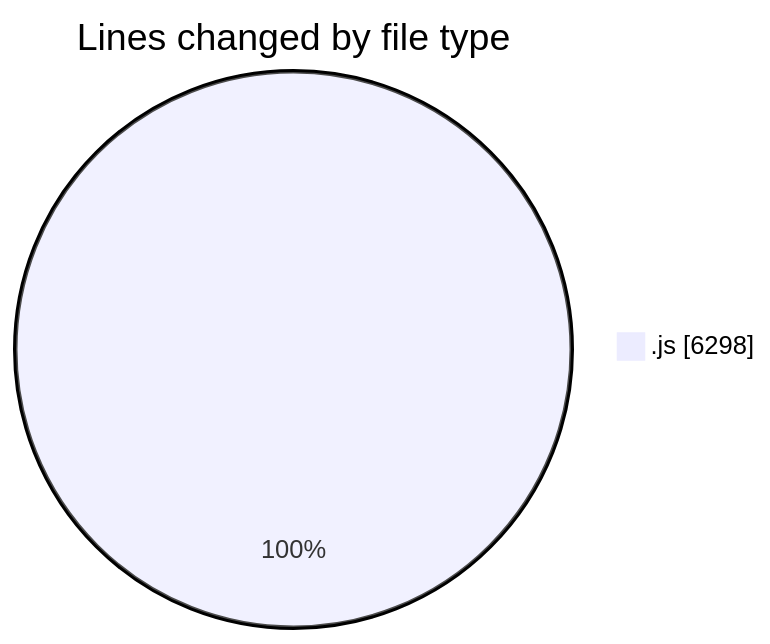
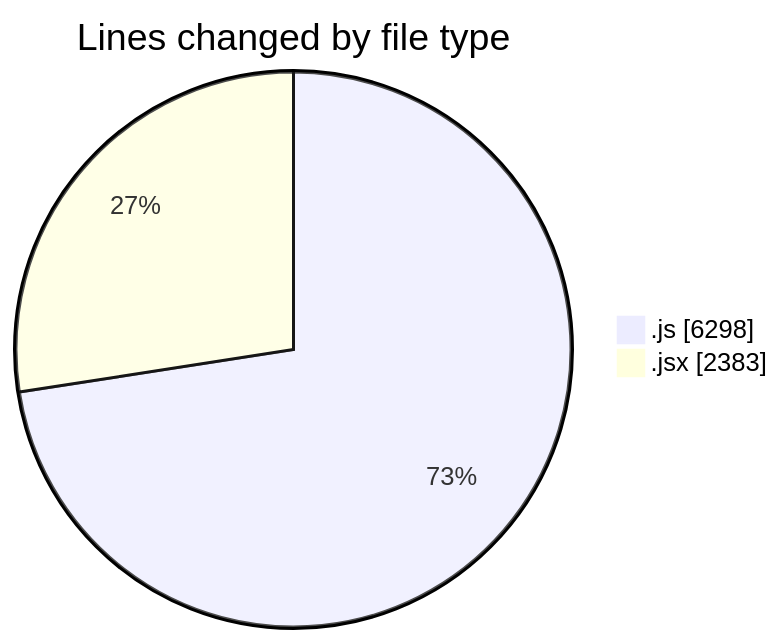
One commit to nxtqubesakshisongat/code-tracking changed the first of 2 diagrams in 2025-12-10/nxtqube_webapp/README.md. Above: the diagram before and after it, drawn with Mermaid. The commit also changed other lines of this file and 1 other file, not shown here.

````diff
--- a/2025-12-10/nxtqube_webapp/README.md
+++ b/2025-12-10/nxtqube_webapp/README.md
@@ -20,5 +21,6 @@
 ```mermaid
 pie showData
 title Lines changed by file type
 ".js" : 6298
+".jsx" : 2383
 ```
````
